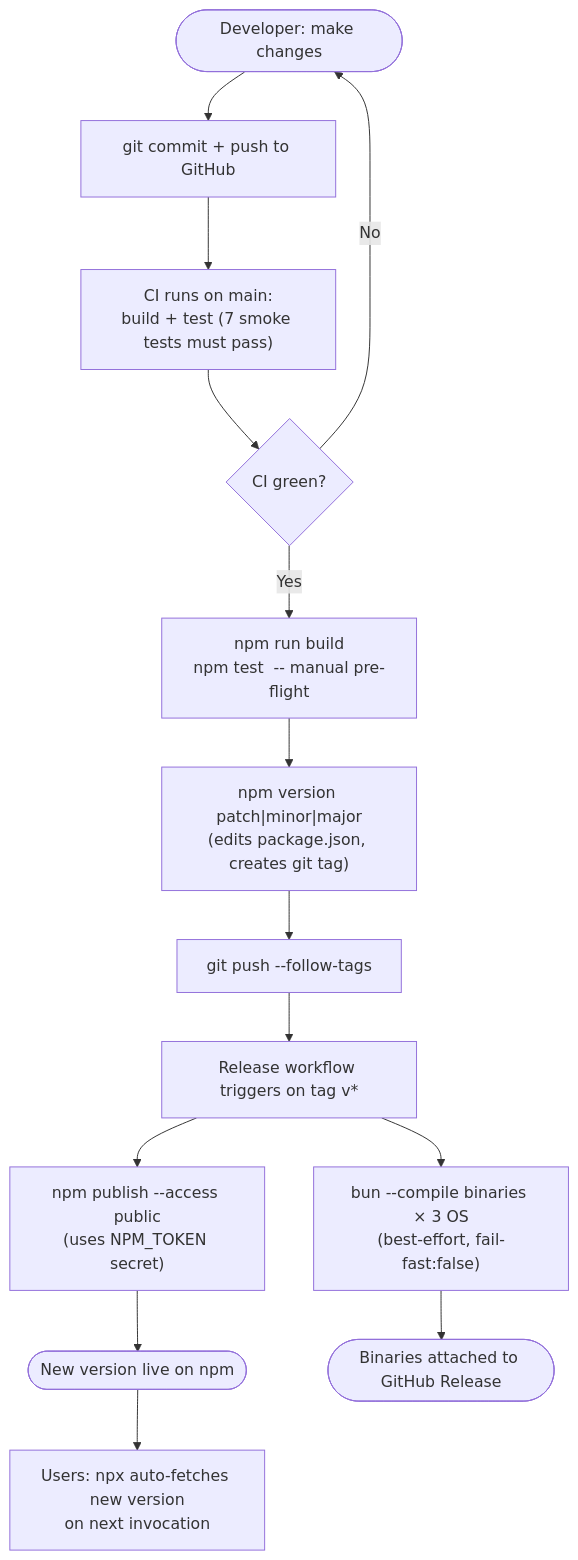
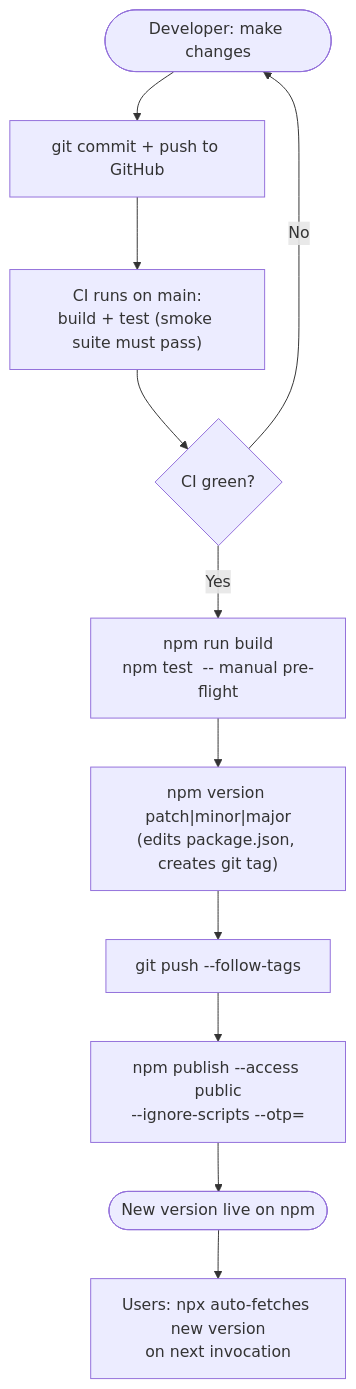
The eighth of 9 diagrams in docs/lifecycle.md (kyouscireul/saripati), drawn with Mermaid before and after one commit. The commit also changed other lines of this file and 42 other files, not shown here.

````diff
--- a/docs/lifecycle.md
+++ b/docs/lifecycle.md
@@ -240,17 +199,13 @@
 ```mermaid
 flowchart TD
     A([Developer: make changes]) --> B["git commit + push to GitHub"]
-    B --> C["CI runs on main:\nbuild + test (7 smoke tests must pass)"]
+    B --> C["CI runs on main:\nbuild + test (smoke suite must pass)"]
     C --> D{CI green?}
     D -->|No| A
     D -->|Yes| E["npm run build\nnpm test  -- manual pre-flight"]
     E --> F["npm version patch|minor|major\n(edits package.json, creates git tag)"]
     F --> G["git push --follow-tags"]
-    G --> H["Release workflow triggers on tag v*"]
-    H --> I["npm publish --access public\n(uses NPM_TOKEN secret)"]
-    H --> J["bun --compile binaries × 3 OS\n(best-effort, fail-fast:false)"]
-    I --> K([New version live on npm])
-    J --> L([Binaries attached to GitHub Release])
-
+    G --> H["npm publish --access public\n--ignore-scripts --otp=<code>"]
+    H --> K([New version live on npm])
     K --> M["Users: npx auto-fetches new version\non next invocation"]
 ```
````
